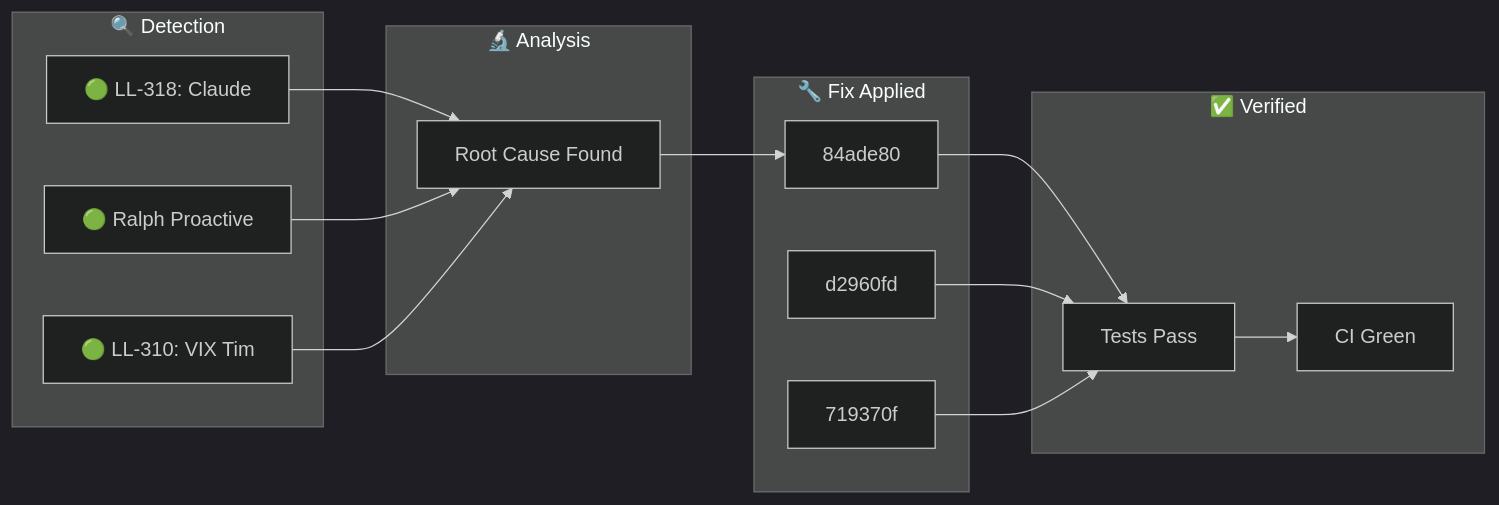
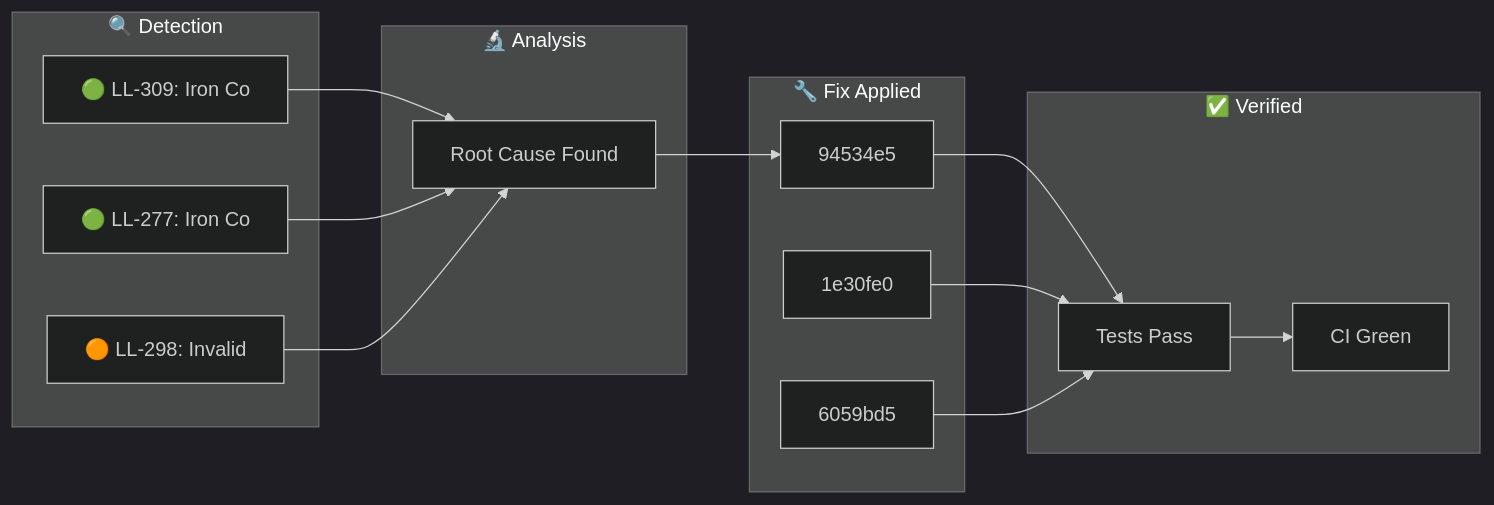
The diagram in docs/_posts/2026-01-28-ralph-discovery.md (YoByron/trading), drawn with Mermaid (dark theme) before and after one commit. The commit also changed other lines of this file, not shown here.

Commit message:
docs(ralph): Auto-publish discovery blog post

````diff
--- a/docs/_posts/2026-01-28-ralph-discovery.md
+++ b/docs/_posts/2026-01-28-ralph-discovery.md
@@ -17,28 +17,28 @@
 ```mermaid
 flowchart LR
     subgraph Detection["🔍 Detection"]
-        D1["🟢 LL-318: Claude "]
-        D2["🟢 Ralph Proactive"]
-        D3["🟢 LL-310: VIX Tim"]
+        D1["🟢 LL-309: Iron Co"]
+        D2["🟢 LL-277: Iron Co"]
+        D3["🟠 LL-298: Invalid"]
     end
     subgraph Analysis["🔬 Analysis"]
         A1["Root Cause Found"]
     end
     subgraph Fix["🔧 Fix Applied"]
-        F1["84ade80"]
-        F2["d2960fd"]
-        F3["719370f"]
+        F1["94534e5"]
+        F2["1e30fe0"]
+        F3["6059bd5"]
     end
     subgraph Verify["✅ Verified"]
         V1["Tests Pass"]
         V2["CI Green"]
     end
     D1 --> A1
     D2 --> A1
     D3 --> A1
     A1 --> F1
     F1 --> V1
     F2 --> V1
     F3 --> V1
     V1 --> V2
 ```
````
